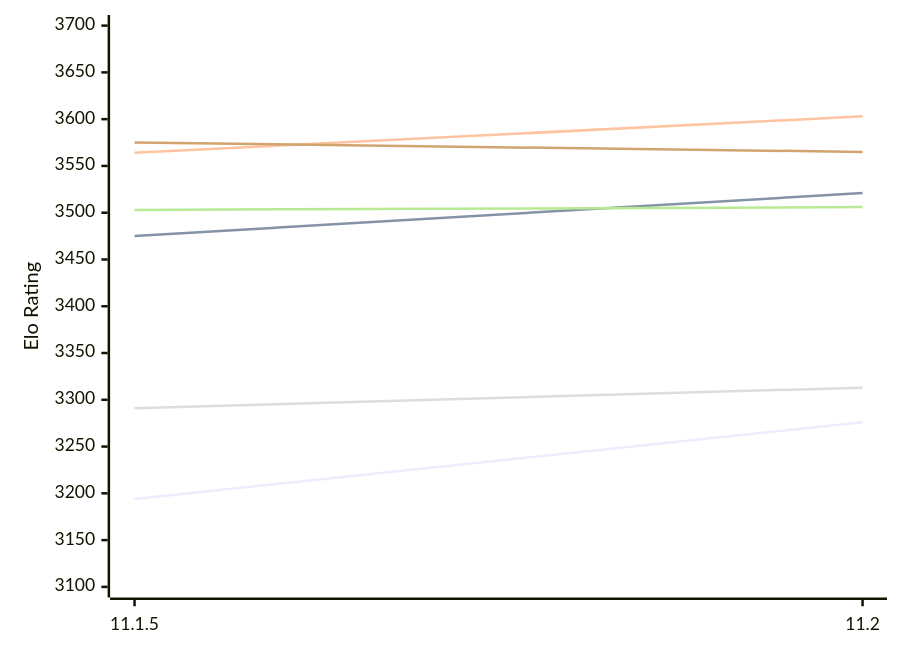
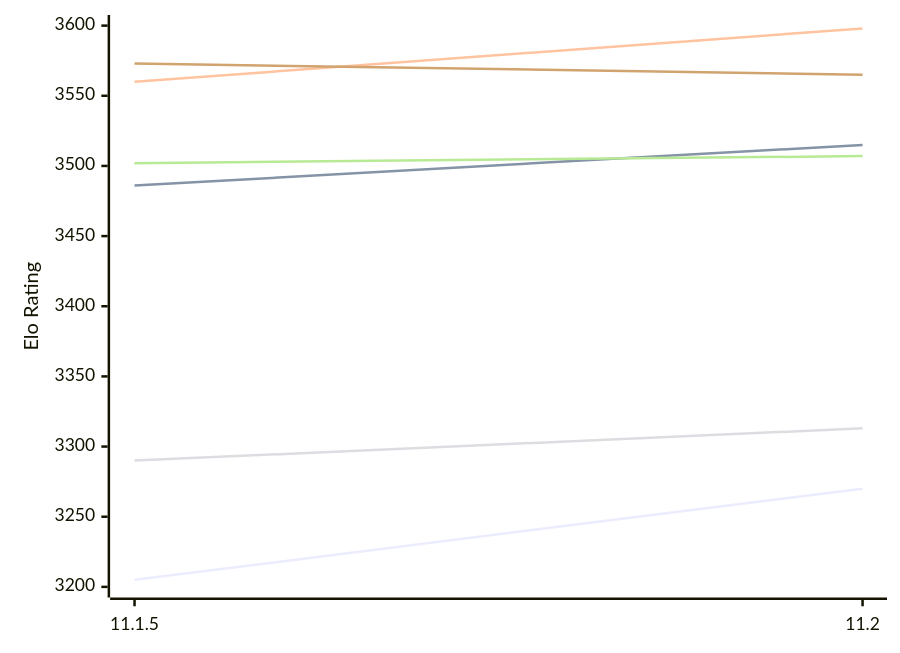
Before and after one commit to computer-chess-index/cci: the first of 2 diagrams in engines/Lizard.md, drawn with Mermaid. The commit also changed other lines of this file, not shown here.

Commit message:
Update CCI Ratings (ELO VLTC) - 2026-11-26

````diff
--- a/engines/Lizard.md
+++ b/engines/Lizard.md
@@ -52,12 +52,12 @@
 ```mermaid
 %%{init: {"theme":"base","themeVariables":{"seriesColors:['#a3a3a3','#222221','#faa371']}}}%%
 xychart-beta
   x-axis ["11.1.5", "11.2"]
-  y-axis "Elo Rating" 3100 --> 3700
-  line "E1: STC (8.0+0.08s)" [3194, 3276]
-  line "E1: LTC (60.0+0.60s)" [3475, 3521]
-  line "E1: VLTC (2m24s+1.12s)" [3564, 3603]
-  line "P1: STC (8.0+0.08s)" [3291, 3313]
-  line "P1: LTC (60.0+0.60s)" [3503, 3506]
-  line "P1: VLTC (2m24s+1.12s)" [3575, 3565]
+  y-axis "Elo Rating" 3200 --> 3600
+  line "E1: STC (8.0+0.08s)" [3205, 3270]
+  line "E1: LTC (60.0+0.60s)" [3486, 3515]
+  line "E1: VLTC (2m24s+1.12s)" [3560, 3598]
+  line "P1: STC (8.0+0.08s)" [3290, 3313]
+  line "P1: LTC (60.0+0.60s)" [3502, 3507]
+  line "P1: VLTC (2m24s+1.12s)" [3573, 3565]
 ```
````
